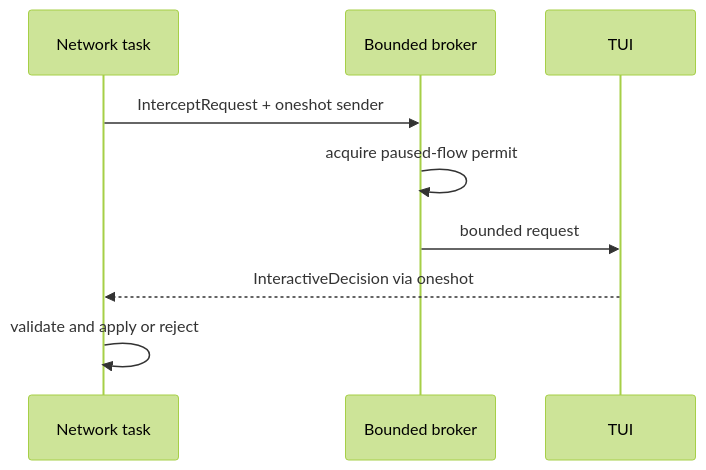
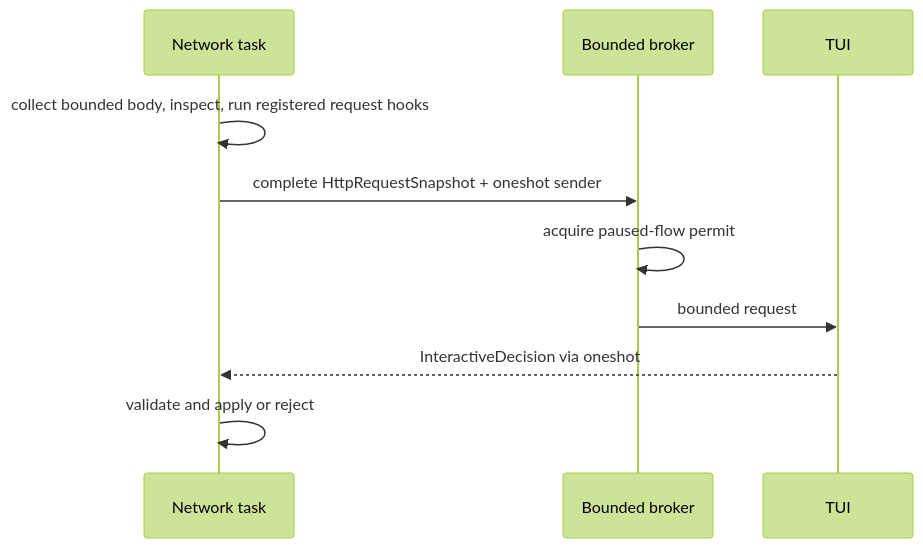
The diagram in docs/src/content/docs/developer/hooks.md (karanabe/freja), drawn with Mermaid (forest theme) before and after one commit. The commit also changed other lines of this file and 19 other files, not shown here.

````diff
--- a/docs/src/content/docs/developer/hooks.md
+++ b/docs/src/content/docs/developer/hooks.md
@@ -57,11 +57,12 @@
 ```mermaid
 sequenceDiagram
     participant Flow as Network task
     participant Broker as Bounded broker
     participant TUI
-    Flow->>Broker: InterceptRequest + oneshot sender
+    Flow->>Flow: collect bounded body, inspect, run registered request hooks
+    Flow->>Broker: complete HttpRequestSnapshot + oneshot sender
     Broker->>Broker: acquire paused-flow permit
     Broker->>TUI: bounded request
     TUI-->>Flow: InteractiveDecision via oneshot
     Flow->>Flow: validate and apply or reject
 ```
````
